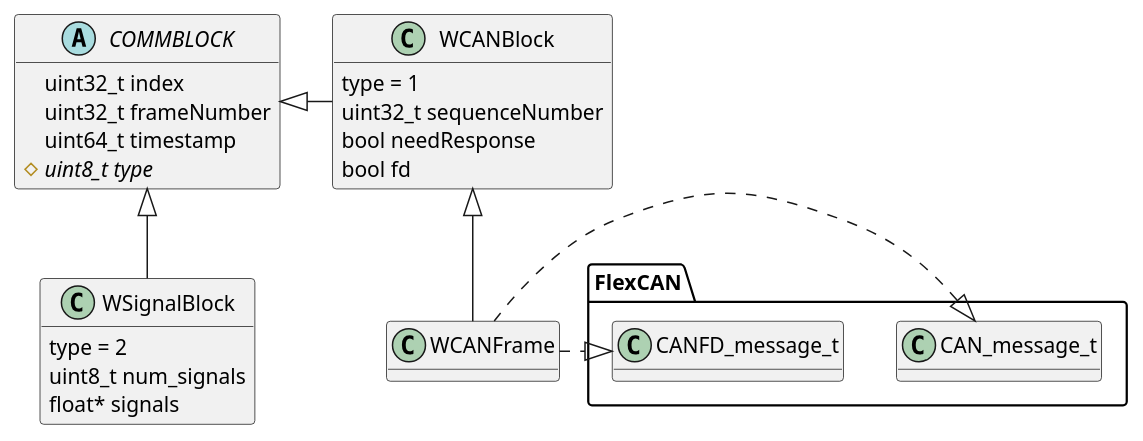
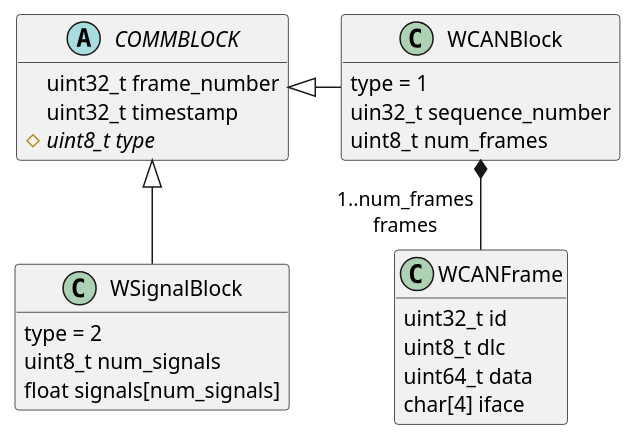
Before and after one commit to SystemsCyber/Software-Defined-Truck: the diagram in Doc/Paper/images/data_structures.wsd, drawn with PlantUML. The commit also changed other lines of this file and 14 other files, not shown here.

```diff
--- a/Doc/Paper/images/data_structures.wsd
+++ b/Doc/Paper/images/data_structures.wsd
@@ -1,32 +35,37 @@
 @startuml
-hide methods
-    ' title <u>Communication Data Structures</u>
+ hide methods
+     ' title <u>Communication Data Structures</u>
 
-    abstract class COMMBLOCK{
-        uint32_t index
-        uint32_t frameNumber
-        uint64_t timestamp
-        {abstract} #uint8_t type
-    }
+     abstract class COMMBLOCK{
+         ' uint32_t id
+         uint32_t frame_number
+         uint32_t timestamp
+         {abstract} #uint8_t type
+     }
 
-    class WSignalBlock{
-        type = 2
-        uint8_t num_signals
-        float* signals
-    }
-    COMMBLOCK <|-d- WSignalBlock
+     class WSignalBlock{
+         type = 2
+         ' timestamp = NULL
+         uint8_t num_signals
+         float signals[num_signals]
+     }
+     COMMBLOCK <|-d- WSignalBlock
 
-    class WCANFrame{
-    }
-    WCANFrame .|> FlexCAN.CAN_message_t
-    WCANFrame .|> FlexCAN.CANFD_message_t
-    class WCANBlock{
-        type = 1
-        uint32_t sequenceNumber
-        bool needResponse
-        bool fd
-    }
+     class WCANFrame{
+         uint32_t id
+         uint8_t dlc
+         uint64_t data
+         char[4] iface
+     }
+     ' WCANFrame .|> FlexCAN.CAN_message_t
+     ' WCANFrame .|> FlexCAN.CANFD_message_t
+     class WCANBlock{
+         type = 1
+         uin32_t sequence_number
+         uint8_t num_frames
+        '  bool need_response
+     }
 
-    COMMBLOCK <|-r- WCANBlock
-    WCANBlock <|-- WCANFrame 
+     COMMBLOCK <|-r- WCANBlock
+     WCANBlock *-d-"1..num_frames\nframes"WCANFrame 
 @enduml
```
